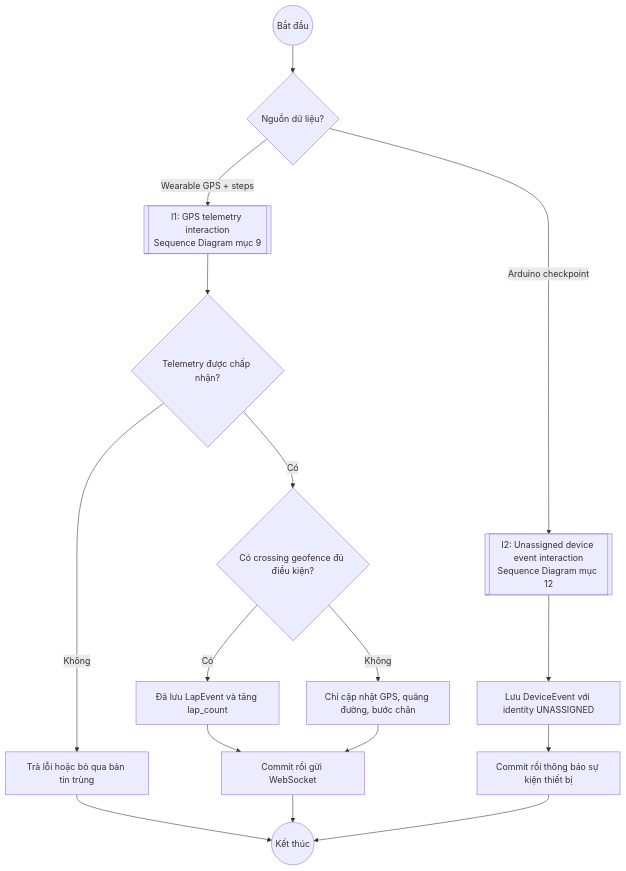
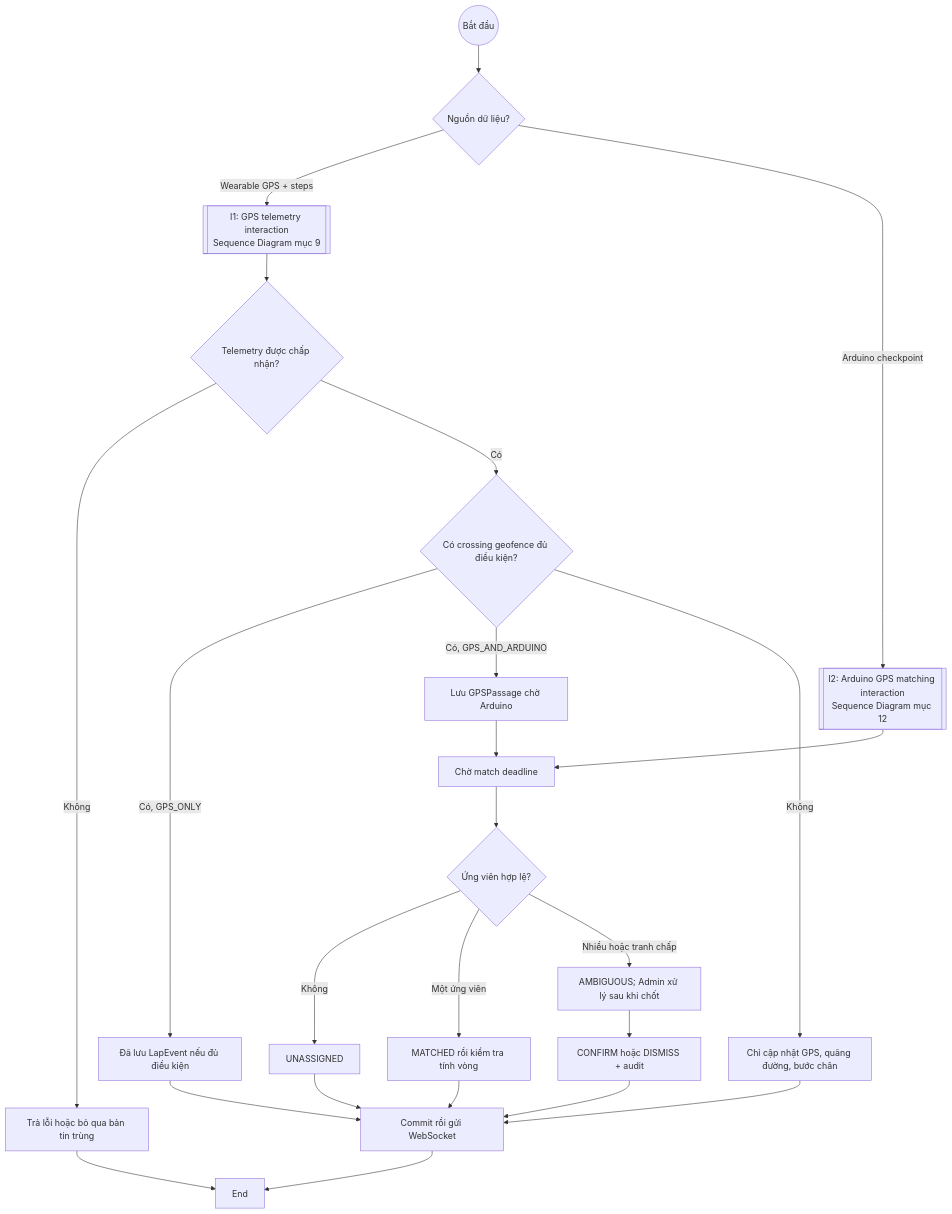
Diagram 15 of 16 in docs/UML_DIAGRAMS.md (Dunnguyn/Smart_Running_Checkpoint_IoT), drawn with Mermaid before and after one commit. The commit also changed other lines of this file and 6 other files, not shown here.

Commit message:
Implement Arduino GPS runner matching and dashboard

````diff
--- a/docs/UML_DIAGRAMS.md
+++ b/docs/UML_DIAGRAMS.md
@@ -391,18 +447,26 @@
 ```mermaid
 flowchart TD
   Start((Bắt đầu)) --> Choose{Nguồn dữ liệu?}
   Choose -->|Wearable GPS + steps| I1[[I1: GPS telemetry interaction<br/>Sequence Diagram mục 9]]
-  Choose -->|Arduino checkpoint| I2[[I2: Unassigned device event interaction<br/>Sequence Diagram mục 12]]
+  Choose -->|Arduino checkpoint| I2[[I2: Arduino GPS matching interaction<br/>Sequence Diagram mục 12]]
   I1 --> Accepted{Telemetry được chấp nhận?}
   Accepted -->|Không| Error[Trả lỗi hoặc bỏ qua bản tin trùng]
   Accepted -->|Có| Cross{Có crossing geofence đủ điều kiện?}
-  Cross -->|Có| Lap[Đã lưu LapEvent và tăng lap_count]
+  Cross -->|Có, GPS_ONLY| Lap[Đã lưu LapEvent nếu đủ điều kiện]
+  Cross -->|Có, GPS_AND_ARDUINO| Passage[Lưu GPSPassage chờ Arduino]
   Cross -->|Không| GpsOnly[Chỉ cập nhật GPS, quãng đường, bước chân]
   Lap --> Live[Commit rồi gửi WebSocket]
+  Passage --> Wait[Chờ match deadline]
+  I2 --> Wait
+  Wait --> Decision{Ứng viên hợp lệ?}
+  Decision -->|Không| Unassigned[UNASSIGNED]
+  Decision -->|Một ứng viên| Matched[MATCHED rồi kiểm tra tính vòng]
+  Decision -->|Nhiều hoặc tranh chấp| Ambiguous[AMBIGUOUS; Admin xử lý sau khi chốt]
+  Matched --> Live
+  Unassigned --> Live
+  Ambiguous --> AdminResolve[CONFIRM hoặc DISMISS + audit]
+  AdminResolve --> Live
   GpsOnly --> Live
-  I2 --> Unassigned[ Lưu DeviceEvent với identity UNASSIGNED ]
-  Unassigned --> DeviceLive[Commit rồi thông báo sự kiện thiết bị]
-  Live --> End((Kết thúc))
-  DeviceLive --> End
+  Live --> End
   Error --> End
 ```
````
